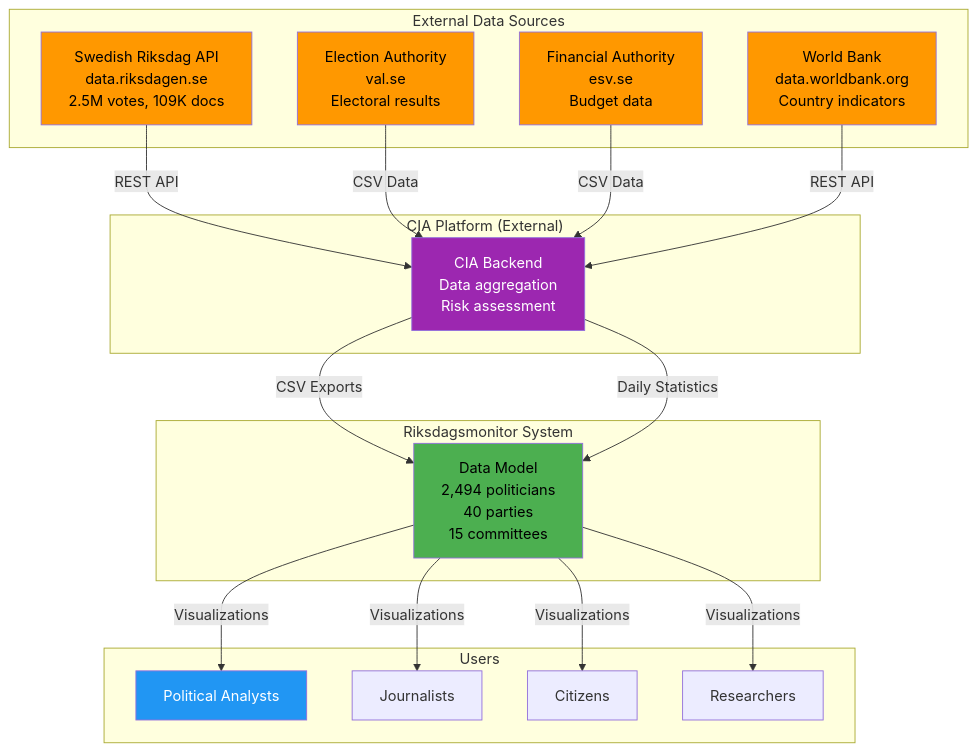
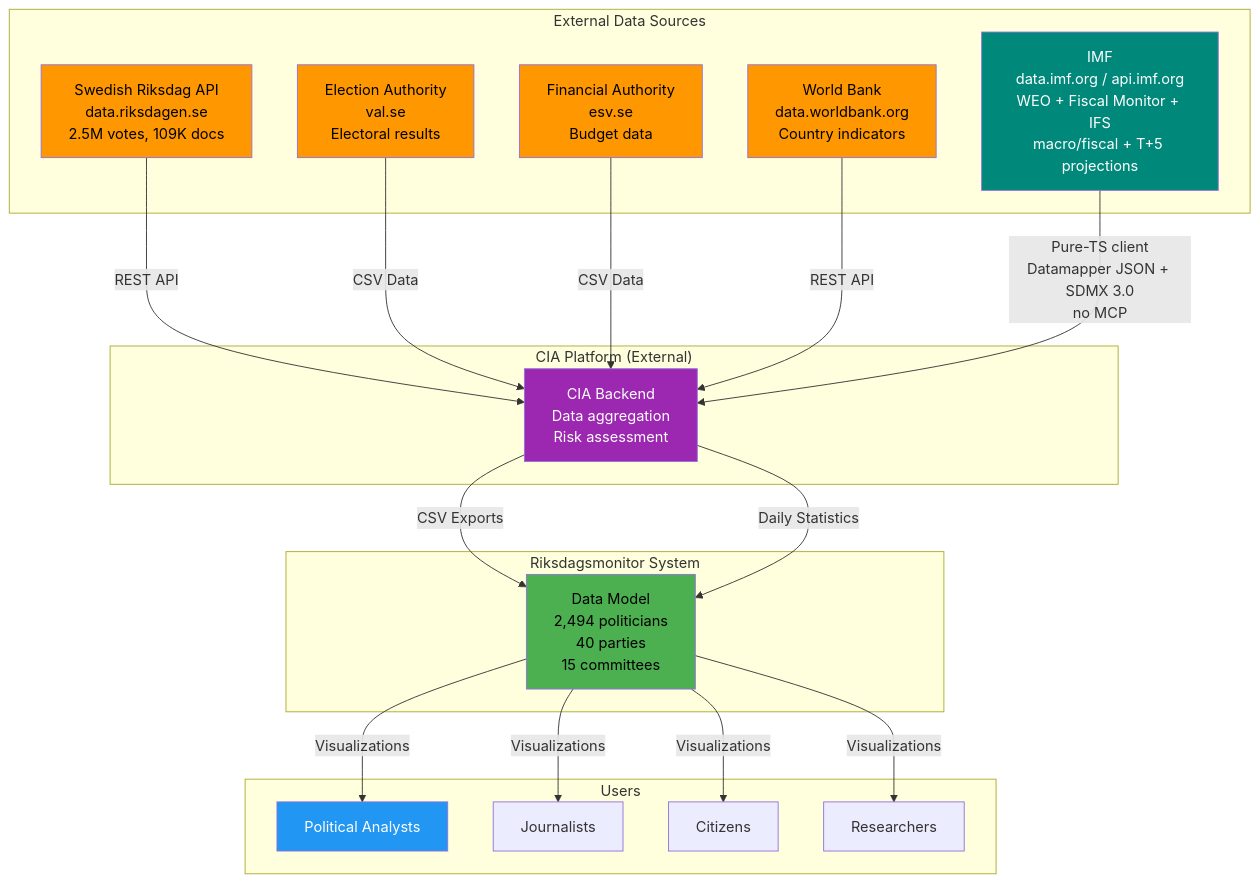
Before and after one commit to Hack23/riksdagsmonitor: the eighth of 9 diagrams in DATA_MODEL.md, drawn with Mermaid. The commit also changed other lines of this file and 12 other files, not shown here.

First line of the commit message:
docs: add IMF data source to README, architecture, threat, and 11 other ISMS docs

````diff
--- a/DATA_MODEL.md
+++ b/DATA_MODEL.md
@@ -2296,45 +2343,48 @@
 ```mermaid
 graph TB
     subgraph "External Data Sources"
         Riksdag[Swedish Riksdag API<br/>data.riksdagen.se<br/>2.5M votes, 109K docs]
         Election[Election Authority<br/>val.se<br/>Electoral results]
         Finance[Financial Authority<br/>esv.se<br/>Budget data]
         WorldBank[World Bank<br/>data.worldbank.org<br/>Country indicators]
+        IMF[IMF<br/>data.imf.org / api.imf.org<br/>WEO + Fiscal Monitor + IFS<br/>macro/fiscal + T+5 projections]
     end
     
     subgraph "Riksdagsmonitor System"
         System[Data Model<br/>2,494 politicians<br/>40 parties<br/>15 committees]
     end
     
     subgraph "CIA Platform (External)"
         CIA[CIA Backend<br/>Data aggregation<br/>Risk assessment]
     end
     
     subgraph "Users"
         Analyst[Political Analysts]
         Journalist[Journalists]
         Citizen[Citizens]
         Researcher[Researchers]
     end
     
     Riksdag -->|REST API| CIA
     Election -->|CSV Data| CIA
     Finance -->|CSV Data| CIA
     WorldBank -->|REST API| CIA
+    IMF -->|Pure-TS client<br/>Datamapper JSON + SDMX 3.0<br/>no MCP| CIA
     
     CIA -->|CSV Exports| System
     CIA -->|Daily Statistics| System
     
     System -->|Visualizations| Analyst
     System -->|Visualizations| Journalist
     System -->|Visualizations| Citizen
     System -->|Visualizations| Researcher
     
     style Riksdag fill:#ff9800,color:#000000
     style Election fill:#ff9800,color:#000000
     style Finance fill:#ff9800,color:#000000
     style WorldBank fill:#ff9800,color:#000000
+    style IMF fill:#00897b,color:#ffffff
     style CIA fill:#9c27b0,color:#ffffff
     style System fill:#4caf50,color:#000000
     style Analyst fill:#2196f3,color:#ffffff
 ```
````
